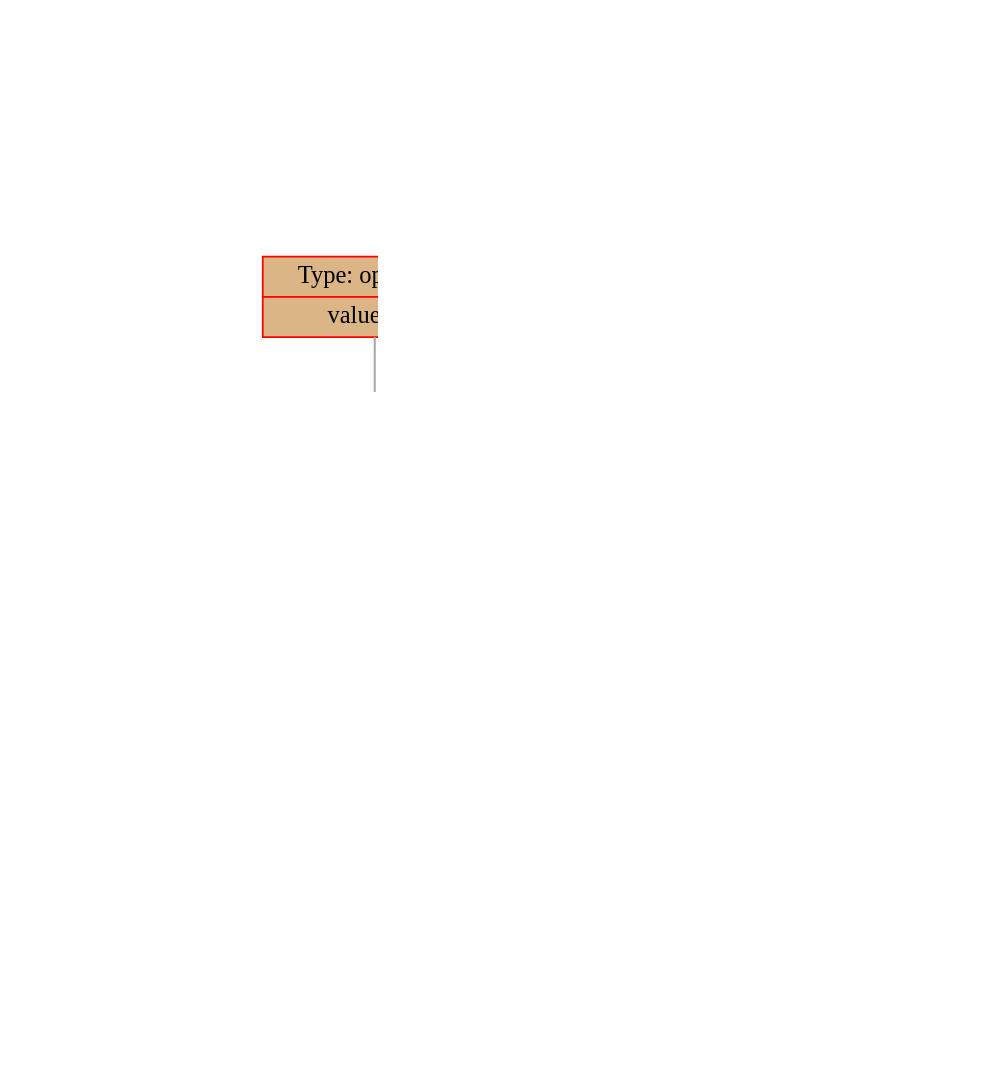
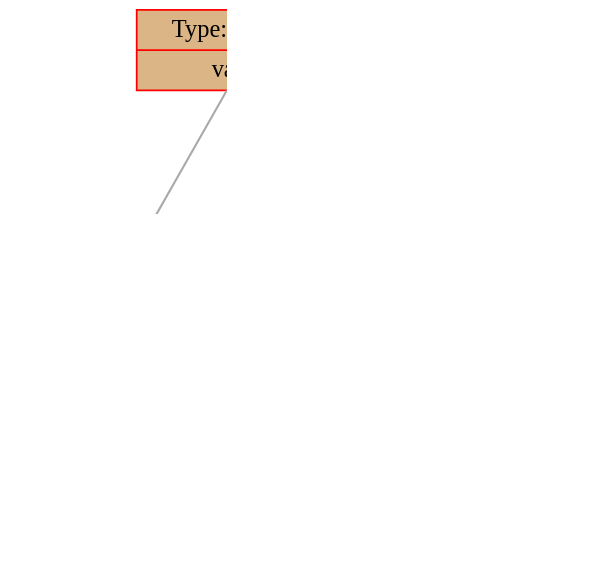
Before and after one commit to dodokek/Derivative-Calculator: the diagram in data/graph.dot, drawn with Graphviz. The commit also changed 5 other files, not shown here.

```diff
--- a/data/graph.dot
+++ b/data/graph.dot
@@ -1,43 +1,25 @@
 
     digraph g {
         dpi      = 200;
         fontname = "Comic Sans MS";
         fontsize = 20;
         rankdir   =  TB;
         edge [color = darkgrey, arrowhead = onormal, arrowsize = 1, penwidth = 1.2]
         graph[fillcolor = lightgreen, ranksep = 1.3, nodesep = 0.5,
         style = "rounded, filled",color = green, penwidth = 2]
 
-    Node0000029f20811860[shape=record, width=0.2, style="filled", color="red", fillcolor="#DBB585",label=" {Type: operation | value: +}"] 
+    Node000001eb58741840[shape=record, width=0.2, style="filled", color="red", fillcolor="#DBB585",label=" {Type: operation | value: -}"] 
  
-Node0000029f20811710[shape=record, width=0.2, style="filled", color="red", fillcolor="#DBB585",label=" {Type: operation | value: sin}"] 
+Node000001eb58741780[shape=record, width=0.2, style="filled", color="red", fillcolor="#DB8E21",label=" {Type: number | value: 5}"] 
  
-Node0000029f208116e0[shape=record, width=0.2, style="filled", color="red", fillcolor="#DBB585",label=" {Type: operation | value: ^}"] 
+Node000001eb58741810[shape=record, width=0.2, style="filled", color="red", fillcolor="#DBB585",label=" {Type: operation | value: +}"] 
  
-Node0000029f20811680[shape=record, width=0.2, style="filled", color="red", fillcolor="#19DB27",label=" {Type: variable | value: X}"] 
+Node000001eb587417b0[shape=record, width=0.2, style="filled", color="red", fillcolor="#DB8E21",label=" {Type: number | value: 1}"] 
  
-Node0000029f208116b0[shape=record, width=0.2, style="filled", color="red", fillcolor="#DB8E21",label=" {Type: number | value: 5}"] 
+Node000001eb587417e0[shape=record, width=0.2, style="filled", color="red", fillcolor="#DB8E21",label=" {Type: number | value: 2}"] 
  
-Node0000029f20811830[shape=record, width=0.2, style="filled", color="red", fillcolor="#DBB585",label=" {Type: operation | value: ^}"] 
- 
-Node0000029f208117d0[shape=record, width=0.2, style="filled", color="red", fillcolor="#DBB585",label=" {Type: operation | value: cos}"] 
- 
-Node0000029f208117a0[shape=record, width=0.2, style="filled", color="red", fillcolor="#DBB585",label=" {Type: operation | value: \cdot}"] 
- 
-Node0000029f20811740[shape=record, width=0.2, style="filled", color="red", fillcolor="#DB8E21",label=" {Type: number | value: 10}"] 
- 
-Node0000029f20811770[shape=record, width=0.2, style="filled", color="red", fillcolor="#19DB27",label=" {Type: variable | value: X}"] 
- 
-Node0000029f20811800[shape=record, width=0.2, style="filled", color="red", fillcolor="#DB8E21",label=" {Type: number | value: 3}"] 
- 
-Node0000029f20811860->Node0000029f20811710
-Node0000029f20811710->Node0000029f208116e0
-Node0000029f208116e0->Node0000029f20811680
-Node0000029f208116e0->Node0000029f208116b0
-Node0000029f20811860->Node0000029f20811830
-Node0000029f20811830->Node0000029f208117d0
-Node0000029f208117d0->Node0000029f208117a0
-Node0000029f208117a0->Node0000029f20811740
-Node0000029f208117a0->Node0000029f20811770
-Node0000029f20811830->Node0000029f20811800
+Node000001eb58741840->Node000001eb58741780
+Node000001eb58741840->Node000001eb58741810
+Node000001eb58741810->Node000001eb587417b0
+Node000001eb58741810->Node000001eb587417e0
 }
```
